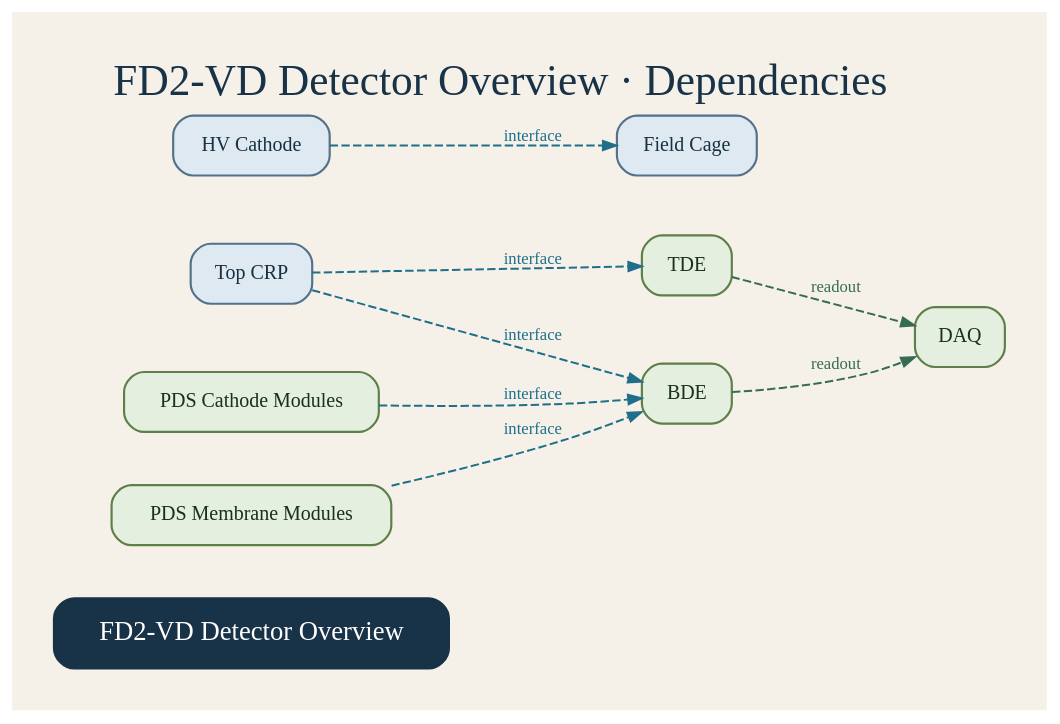
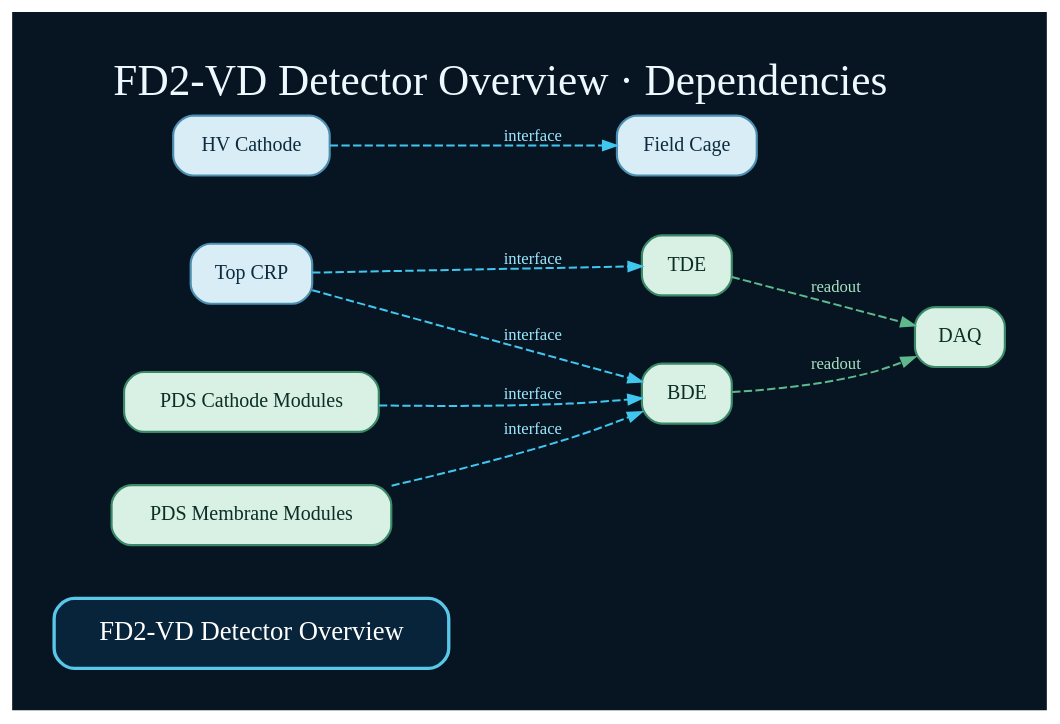
The diagram in docs/dot/fd2_vd_overview_dependency.dot (marroyav/hardware-database), drawn with Graphviz before and after one commit. The commit also changed 93 other files, not shown here.

```diff
--- a/docs/dot/fd2_vd_overview_dependency.dot
+++ b/docs/dot/fd2_vd_overview_dependency.dot
@@ -1,40 +1,40 @@
 digraph HardwareModel {
   graph [
     rankdir=LR,
     splines=true,
     overlap=false,
     newrank=true,
     compound=true,
-    bgcolor="#f6f1e8",
+    bgcolor="#071421",
     pad="0.35",
     nodesep="0.45",
     ranksep="0.8",
     label="FD2-VD Detector Overview · Dependencies",
     labelloc="t",
     labeljust="l",
-    fontname="Iowan Old Style",
+    fontname="Avenir Next",
     fontsize=26,
-    fontcolor="#183247"
+    fontcolor="#edf8ff"
   ];
   node [fontname="Avenir Next", fontsize=12, margin="0.18,0.12", penwidth=1.3];
-  edge [fontname="Avenir Next", fontsize=10, arrowsize=0.8, penwidth=1.2, color="#33536a", fontcolor="#33536a"];
+  edge [fontname="Avenir Next", fontsize=10, arrowsize=0.8, penwidth=1.2, color="#6ecbe8", fontcolor="#bdefff"];
 
-  fd2_vd_overview [label="FD2-VD Detector Overview", fontname="Avenir Next", URL="../explorer.html#object=fd2_vd_overview", target="_top", tooltip="Open FD2-VD Detector Overview in the interactive explorer", shape="box", style="rounded,filled", fillcolor="#183247", color="#183247", fontcolor="#ffffff", fontsize="16", margin="0.24,0.16", penwidth="1.5"];
+  fd2_vd_overview [label="FD2-VD Detector Overview", fontname="Avenir Next", URL="../explorer.html#object=fd2_vd_overview", target="_top", tooltip="Open FD2-VD Detector Overview in the interactive explorer", shape="box", style="rounded,filled", fillcolor="#08243a", color="#58c7e8", fontcolor="#ffffff", fontsize="16", margin="0.24,0.16", penwidth="2.0"];
 
-  fd2_vd_overview_vd_bde [label="BDE", fontname="Avenir Next", URL="../explorer.html#object=fd2_vd_overview.vd_bde", target="_top", tooltip="Open BDE in the interactive explorer", shape="box", style="rounded,filled", fillcolor="#e4efe0", color="#5d7f48", fontcolor="#18311a"];
-  fd2_vd_overview_vd_daq [label="DAQ", fontname="Avenir Next", URL="../explorer.html#object=fd2_vd_overview.vd_daq", target="_top", tooltip="Open DAQ in the interactive explorer", shape="box", style="rounded,filled", fillcolor="#e4efe0", color="#5d7f48", fontcolor="#18311a"];
-  fd2_vd_overview_vd_field_cage [label="Field Cage", fontname="Avenir Next", URL="../explorer.html#object=fd2_vd_overview.vd_field_cage", target="_top", tooltip="Open Field Cage in the interactive explorer", shape="box", style="rounded,filled", fillcolor="#dfe9f2", color="#53718a", fontcolor="#173140"];
-  fd2_vd_overview_vd_hv_cathode [label="HV Cathode", fontname="Avenir Next", URL="../explorer.html#object=fd2_vd_overview.vd_hv_cathode", target="_top", tooltip="Open HV Cathode in the interactive explorer", shape="box", style="rounded,filled", fillcolor="#dfe9f2", color="#53718a", fontcolor="#173140"];
-  fd2_vd_overview_vd_pds_cathode [label="PDS Cathode Modules", fontname="Avenir Next", URL="../explorer.html#object=fd2_vd_overview.vd_pds_cathode", target="_top", tooltip="Open PDS Cathode Modules in the interactive explorer", shape="box", style="rounded,filled", fillcolor="#e4efe0", color="#5d7f48", fontcolor="#18311a"];
-  fd2_vd_overview_vd_pds_membrane [label="PDS Membrane Modules", fontname="Avenir Next", URL="../explorer.html#object=fd2_vd_overview.vd_pds_membrane", target="_top", tooltip="Open PDS Membrane Modules in the interactive explorer", shape="box", style="rounded,filled", fillcolor="#e4efe0", color="#5d7f48", fontcolor="#18311a"];
-  fd2_vd_overview_vd_tde [label="TDE", fontname="Avenir Next", URL="../explorer.html#object=fd2_vd_overview.vd_tde", target="_top", tooltip="Open TDE in the interactive explorer", shape="box", style="rounded,filled", fillcolor="#e4efe0", color="#5d7f48", fontcolor="#18311a"];
-  fd2_vd_overview_vd_crp [label="Top CRP", fontname="Avenir Next", URL="../explorer.html#object=fd2_vd_overview.vd_crp", target="_top", tooltip="Open Top CRP in the interactive explorer", shape="box", style="rounded,filled", fillcolor="#dfe9f2", color="#53718a", fontcolor="#173140"];
+  fd2_vd_overview_vd_bde [label="BDE", fontname="Avenir Next", URL="../explorer.html#object=fd2_vd_overview.vd_bde", target="_top", tooltip="Open BDE in the interactive explorer", shape="box", style="rounded,filled", fillcolor="#d9f0e5", color="#3a8a68", fontcolor="#0b2f25"];
+  fd2_vd_overview_vd_daq [label="DAQ", fontname="Avenir Next", URL="../explorer.html#object=fd2_vd_overview.vd_daq", target="_top", tooltip="Open DAQ in the interactive explorer", shape="box", style="rounded,filled", fillcolor="#d9f0e5", color="#3a8a68", fontcolor="#0b2f25"];
+  fd2_vd_overview_vd_field_cage [label="Field Cage", fontname="Avenir Next", URL="../explorer.html#object=fd2_vd_overview.vd_field_cage", target="_top", tooltip="Open Field Cage in the interactive explorer", shape="box", style="rounded,filled", fillcolor="#d9edf7", color="#4c8fb0", fontcolor="#0d2b3d"];
+  fd2_vd_overview_vd_hv_cathode [label="HV Cathode", fontname="Avenir Next", URL="../explorer.html#object=fd2_vd_overview.vd_hv_cathode", target="_top", tooltip="Open HV Cathode in the interactive explorer", shape="box", style="rounded,filled", fillcolor="#d9edf7", color="#4c8fb0", fontcolor="#0d2b3d"];
+  fd2_vd_overview_vd_pds_cathode [label="PDS Cathode Modules", fontname="Avenir Next", URL="../explorer.html#object=fd2_vd_overview.vd_pds_cathode", target="_top", tooltip="Open PDS Cathode Modules in the interactive explorer", shape="box", style="rounded,filled", fillcolor="#d9f0e5", color="#3a8a68", fontcolor="#0b2f25"];
+  fd2_vd_overview_vd_pds_membrane [label="PDS Membrane Modules", fontname="Avenir Next", URL="../explorer.html#object=fd2_vd_overview.vd_pds_membrane", target="_top", tooltip="Open PDS Membrane Modules in the interactive explorer", shape="box", style="rounded,filled", fillcolor="#d9f0e5", color="#3a8a68", fontcolor="#0b2f25"];
+  fd2_vd_overview_vd_tde [label="TDE", fontname="Avenir Next", URL="../explorer.html#object=fd2_vd_overview.vd_tde", target="_top", tooltip="Open TDE in the interactive explorer", shape="box", style="rounded,filled", fillcolor="#d9f0e5", color="#3a8a68", fontcolor="#0b2f25"];
+  fd2_vd_overview_vd_crp [label="Top CRP", fontname="Avenir Next", URL="../explorer.html#object=fd2_vd_overview.vd_crp", target="_top", tooltip="Open Top CRP in the interactive explorer", shape="box", style="rounded,filled", fillcolor="#d9edf7", color="#4c8fb0", fontcolor="#0d2b3d"];
 
-  fd2_vd_overview_vd_crp -> fd2_vd_overview_vd_tde [URL="../explorer.html#object=relation%3A38", target="_top", tooltip="Open interfaces with relation in the interactive explorer", color="#1f6f8b", fontcolor="#1f6f8b", style="dashed", penwidth="1.2", label="interface"];
-  fd2_vd_overview_vd_crp -> fd2_vd_overview_vd_bde [URL="../explorer.html#object=relation%3A39", target="_top", tooltip="Open interfaces with relation in the interactive explorer", color="#1f6f8b", fontcolor="#1f6f8b", style="dashed", penwidth="1.2", label="interface"];
-  fd2_vd_overview_vd_bde -> fd2_vd_overview_vd_daq [URL="../explorer.html#object=relation%3A40", target="_top", tooltip="Open reads out relation in the interactive explorer", color="#356c53", fontcolor="#356c53", style="dashed", penwidth="1.2", label="readout"];
-  fd2_vd_overview_vd_tde -> fd2_vd_overview_vd_daq [URL="../explorer.html#object=relation%3A41", target="_top", tooltip="Open reads out relation in the interactive explorer", color="#356c53", fontcolor="#356c53", style="dashed", penwidth="1.2", label="readout"];
-  fd2_vd_overview_vd_pds_cathode -> fd2_vd_overview_vd_bde [URL="../explorer.html#object=relation%3A44", target="_top", tooltip="Open interfaces with relation in the interactive explorer", color="#1f6f8b", fontcolor="#1f6f8b", style="dashed", penwidth="1.2", label="interface"];
-  fd2_vd_overview_vd_pds_membrane -> fd2_vd_overview_vd_bde [URL="../explorer.html#object=relation%3A45", target="_top", tooltip="Open interfaces with relation in the interactive explorer", color="#1f6f8b", fontcolor="#1f6f8b", style="dashed", penwidth="1.2", label="interface"];
-  fd2_vd_overview_vd_hv_cathode -> fd2_vd_overview_vd_field_cage [URL="../explorer.html#object=relation%3A46", target="_top", tooltip="Open interfaces with relation in the interactive explorer", color="#1f6f8b", fontcolor="#1f6f8b", style="dashed", penwidth="1.2", label="interface"];
+  fd2_vd_overview_vd_crp -> fd2_vd_overview_vd_tde [URL="../explorer.html#object=relation%3A38", target="_top", tooltip="Open interfaces with relation in the interactive explorer", color="#40c7f0", fontcolor="#9ee8ff", style="dashed", penwidth="1.2", label="interface"];
+  fd2_vd_overview_vd_crp -> fd2_vd_overview_vd_bde [URL="../explorer.html#object=relation%3A39", target="_top", tooltip="Open interfaces with relation in the interactive explorer", color="#40c7f0", fontcolor="#9ee8ff", style="dashed", penwidth="1.2", label="interface"];
+  fd2_vd_overview_vd_bde -> fd2_vd_overview_vd_daq [URL="../explorer.html#object=relation%3A40", target="_top", tooltip="Open reads out relation in the interactive explorer", color="#5eb98c", fontcolor="#a7e3c3", style="dashed", penwidth="1.2", label="readout"];
+  fd2_vd_overview_vd_tde -> fd2_vd_overview_vd_daq [URL="../explorer.html#object=relation%3A41", target="_top", tooltip="Open reads out relation in the interactive explorer", color="#5eb98c", fontcolor="#a7e3c3", style="dashed", penwidth="1.2", label="readout"];
+  fd2_vd_overview_vd_pds_cathode -> fd2_vd_overview_vd_bde [URL="../explorer.html#object=relation%3A44", target="_top", tooltip="Open interfaces with relation in the interactive explorer", color="#40c7f0", fontcolor="#9ee8ff", style="dashed", penwidth="1.2", label="interface"];
+  fd2_vd_overview_vd_pds_membrane -> fd2_vd_overview_vd_bde [URL="../explorer.html#object=relation%3A45", target="_top", tooltip="Open interfaces with relation in the interactive explorer", color="#40c7f0", fontcolor="#9ee8ff", style="dashed", penwidth="1.2", label="interface"];
+  fd2_vd_overview_vd_hv_cathode -> fd2_vd_overview_vd_field_cage [URL="../explorer.html#object=relation%3A46", target="_top", tooltip="Open interfaces with relation in the interactive explorer", color="#40c7f0", fontcolor="#9ee8ff", style="dashed", penwidth="1.2", label="interface"];
 }
```
